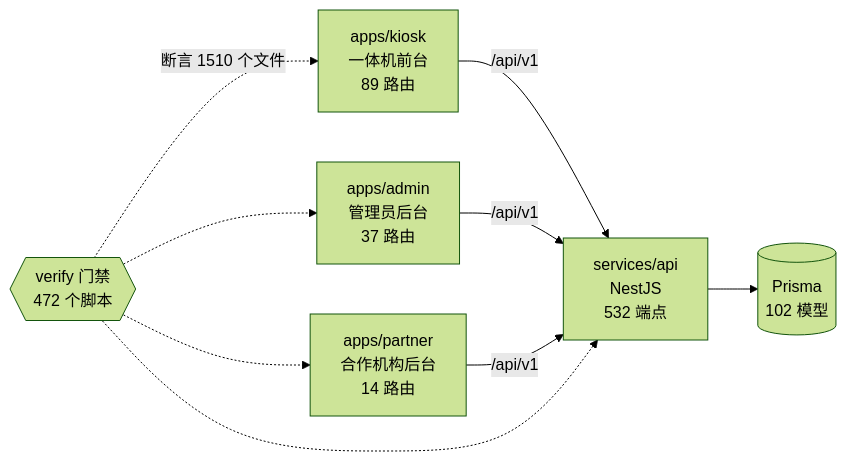
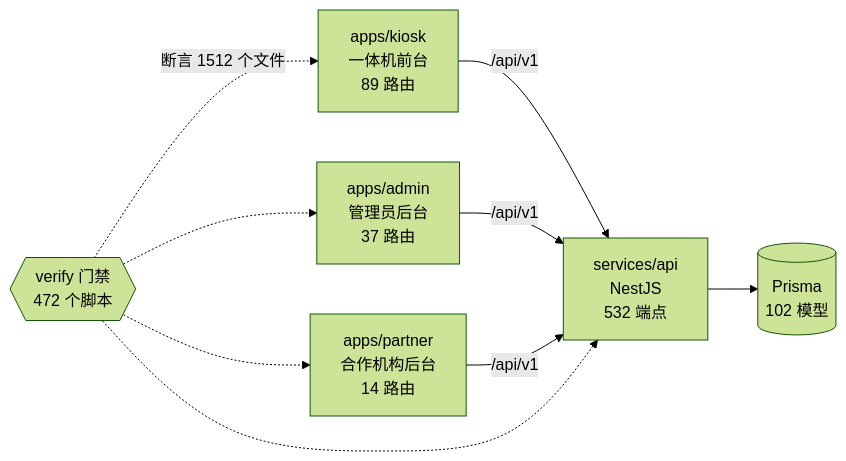
The diagram in docs/graph/README.md (wanglei581/YITIJI), drawn with Mermaid (forest theme) before and after one commit. The commit also changed other lines of this file and 4 other files, not shown here.

Commit message:
docs(graph): sync job-fit migration and integrated checks

````diff
--- a/docs/graph/README.md
+++ b/docs/graph/README.md
@@ -68,18 +68,18 @@
 ```mermaid
 flowchart LR
   kiosk["apps/kiosk<br/>一体机前台<br/>89 路由"]
   admin["apps/admin<br/>管理员后台<br/>37 路由"]
   partner["apps/partner<br/>合作机构后台<br/>14 路由"]
   api["services/api<br/>NestJS<br/>532 端点"]
   db[("Prisma<br/>102 模型")]
   gates{{"verify 门禁<br/>472 个脚本"}}
 
   kiosk -->|"/api/v1"| api
   admin -->|"/api/v1"| api
   partner -->|"/api/v1"| api
   api --> db
-  gates -.->|"断言 1510 个文件"| kiosk
+  gates -.->|"断言 1512 个文件"| kiosk
   gates -.-> admin
   gates -.-> partner
   gates -.-> api
 ```
````
